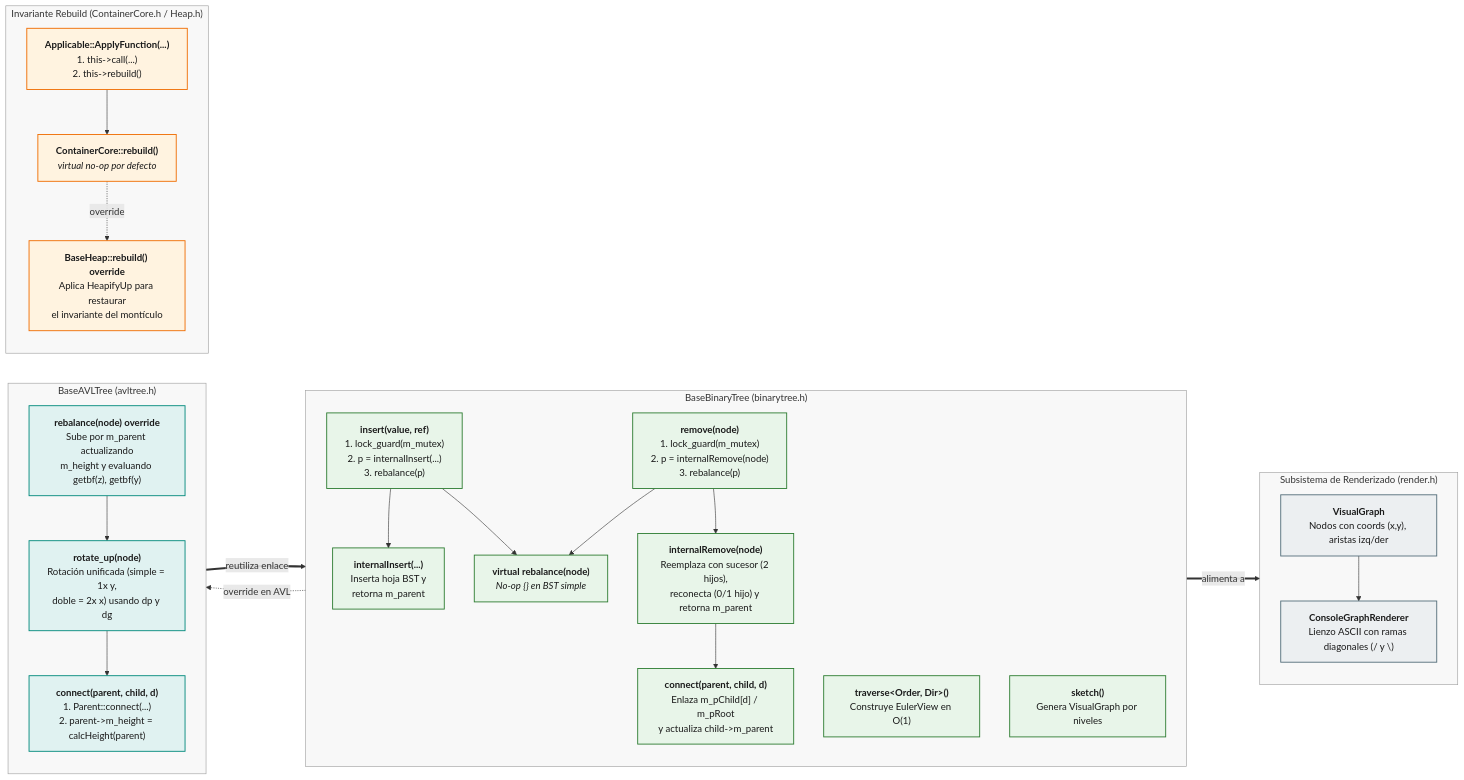
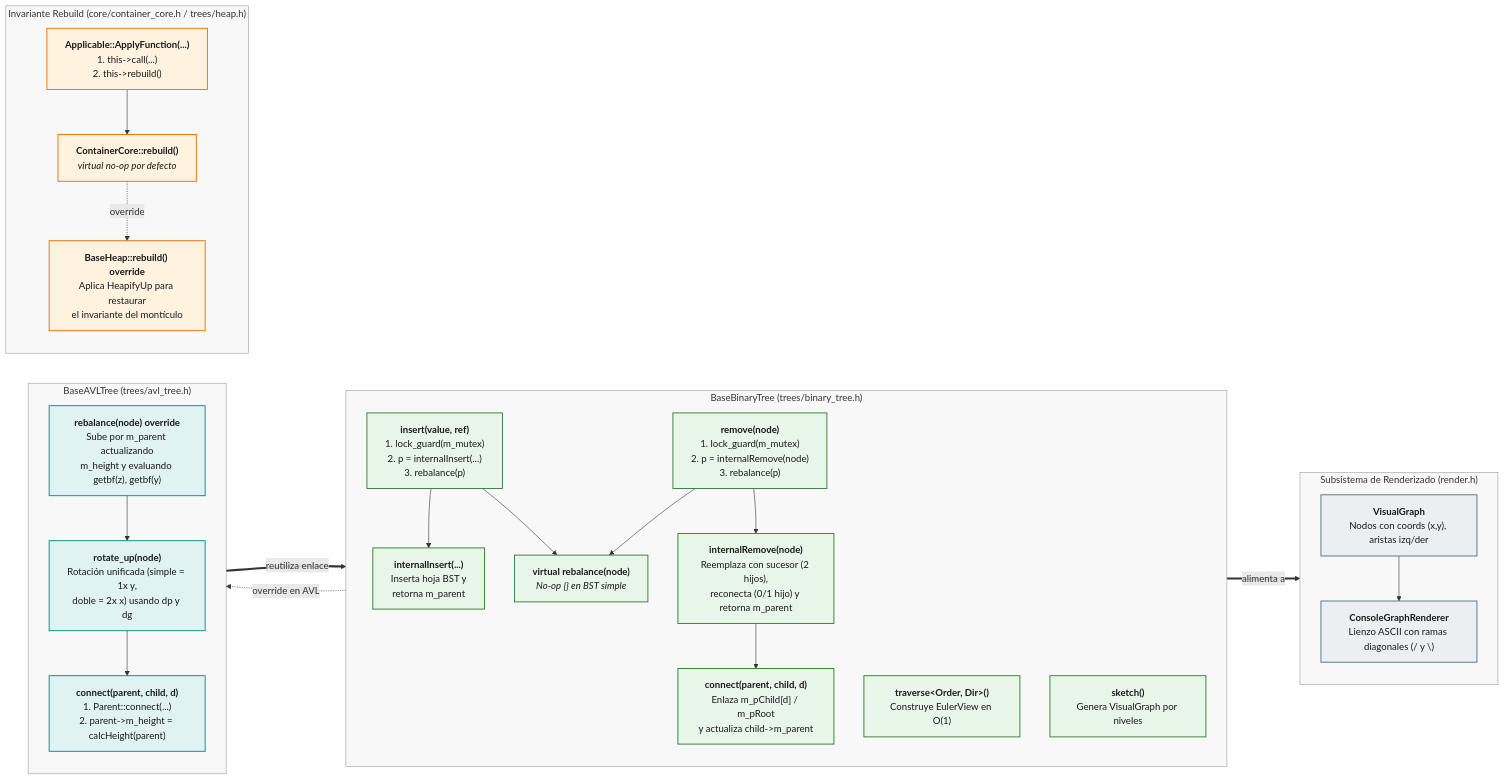
One commit to AldoLunaBueno/2026-II-CS-UNI-CC0E5-AEDAv changed the fifth of 11 diagrams in README.md. Above: the diagram before and after it, drawn with Mermaid. The commit also changed other lines of this file and 36 other files, not shown here.

Commit message:
refactor: uniformizar estructura y nombres de archivos de código y diagramas

````diff
--- a/README.md
+++ b/README.md
@@ -342,65 +342,65 @@
 ```mermaid
 flowchart LR
-    subgraph BST["BaseBinaryTree (binarytree.h)"]
+    subgraph BST["BaseBinaryTree (trees/binary_tree.h)"]
         direction TB
         INS["<b>insert(value, ref)</b><br/>1. lock_guard(m_mutex)<br/>2. p = internalInsert(...)<br/>3. rebalance(p)"]
         REM["<b>remove(node)</b><br/>1. lock_guard(m_mutex)<br/>2. p = internalRemove(node)<br/>3. rebalance(p)"]
         I_INS["<b>internalInsert(...)</b><br/>Inserta hoja BST y<br/>retorna m_parent"]
         I_REM["<b>internalRemove(node)</b><br/>Reemplaza con sucesor (2 hijos),<br/>reconecta (0/1 hijo) y retorna m_parent"]
         CONN_B["<b>connect(parent, child, d)</b><br/>Enlaza m_pChild[d] / m_pRoot<br/>y actualiza child->m_parent"]
         REB_B["<b>virtual rebalance(node)</b><br/><i>No-op {} en BST simple</i>"]
         TRAV["<b>traverse#lt;Order, Dir#gt;()</b><br/>Construye EulerView en O(1)"]
         SK["<b>sketch()</b><br/>Genera VisualGraph por niveles"]
 
         INS --> I_INS
         INS --> REB_B
         REM --> I_REM
         REM --> REB_B
         I_REM --> CONN_B
     end
 
-    subgraph AVL_SUB["BaseAVLTree (avltree.h)"]
+    subgraph AVL_SUB["BaseAVLTree (trees/avl_tree.h)"]
         direction TB
         REB_A["<b>rebalance(node) override</b><br/>Sube por m_parent actualizando<br/>m_height y evaluando getbf(z), getbf(y)"]
         ROT["<b>rotate_up(node)</b><br/>Rotación unificada (simple = 1x y,<br/>doble = 2x x) usando dp y dg"]
         CONN_A["<b>connect(parent, child, d)</b><br/>1. Parent::connect(...)<br/>2. parent->m_height = calcHeight(parent)"]
 
         REB_A --> ROT
         ROT --> CONN_A
     end
 
-    subgraph CORE_REBUILD["Invariante Rebuild (ContainerCore.h / Heap.h)"]
+    subgraph CORE_REBUILD["Invariante Rebuild (core/container_core.h / trees/heap.h)"]
         direction TB
         APP_HOOK["<b>Applicable::ApplyFunction(...)</b><br/>1. this->call(...)<br/>2. this->rebuild()"]
         REB_CORE["<b>ContainerCore::rebuild()</b><br/><i>virtual no-op por defecto</i>"]
         REB_HEAP["<b>BaseHeap::rebuild() override</b><br/>Aplica HeapifyUp para restaurar<br/>el invariante del montículo"]
         APP_HOOK --> REB_CORE
         REB_CORE -. "override" .-> REB_HEAP
     end
 
     subgraph REND["Subsistema de Renderizado (render.h)"]
         direction TB
         VG["<b>VisualGraph</b><br/>Nodos con coords (x,y), aristas izq/der"]
         GR["<b>ConsoleGraphRenderer</b><br/>Lienzo ASCII con ramas diagonales (/ y \)"]
         VG --> GR
     end
 
     REB_B -. "override en AVL" .-> REB_A
     CONN_A ==>|"reutiliza enlace"| CONN_B
     SK ==>|"alimenta a"| VG
 
     classDef bst fill:#E8F5E9,stroke:#2E7D32,color:#1A1A1A,stroke-width:1.5px;
     classDef avl fill:#E0F2F1,stroke:#00897B,color:#1A1A1A,stroke-width:1.5px;
     classDef rnd fill:#ECEFF1,stroke:#546E7A,color:#1A1A1A,stroke-width:1.5px;
     classDef reb fill:#FFF3E0,stroke:#EF6C00,color:#1A1A1A,stroke-width:1.5px;
 
     class INS,REM,I_INS,I_REM,CONN_B,REB_B,TRAV,SK bst
     class REB_A,ROT,CONN_A avl
     class VG,GR rnd
     class APP_HOOK,REB_CORE,REB_HEAP reb
 
     style BST fill:#8080800F,stroke:#9E9E9E,stroke-width:1px
     style AVL_SUB fill:#8080800F,stroke:#9E9E9E,stroke-width:1px
     style REND fill:#8080800F,stroke:#9E9E9E,stroke-width:1px
     style CORE_REBUILD fill:#8080800F,stroke:#9E9E9E,stroke-width:1px
 ```
````
